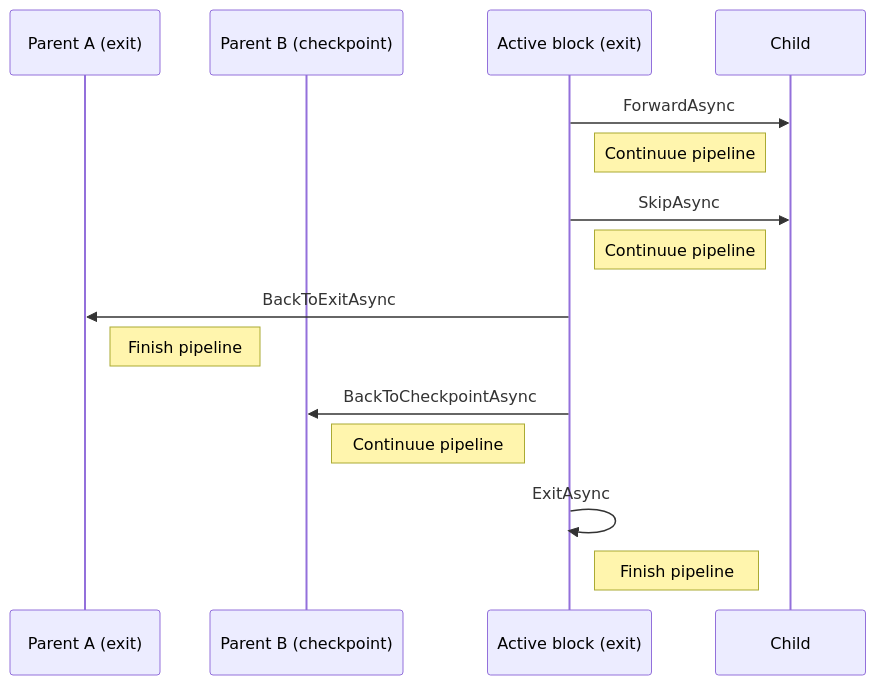
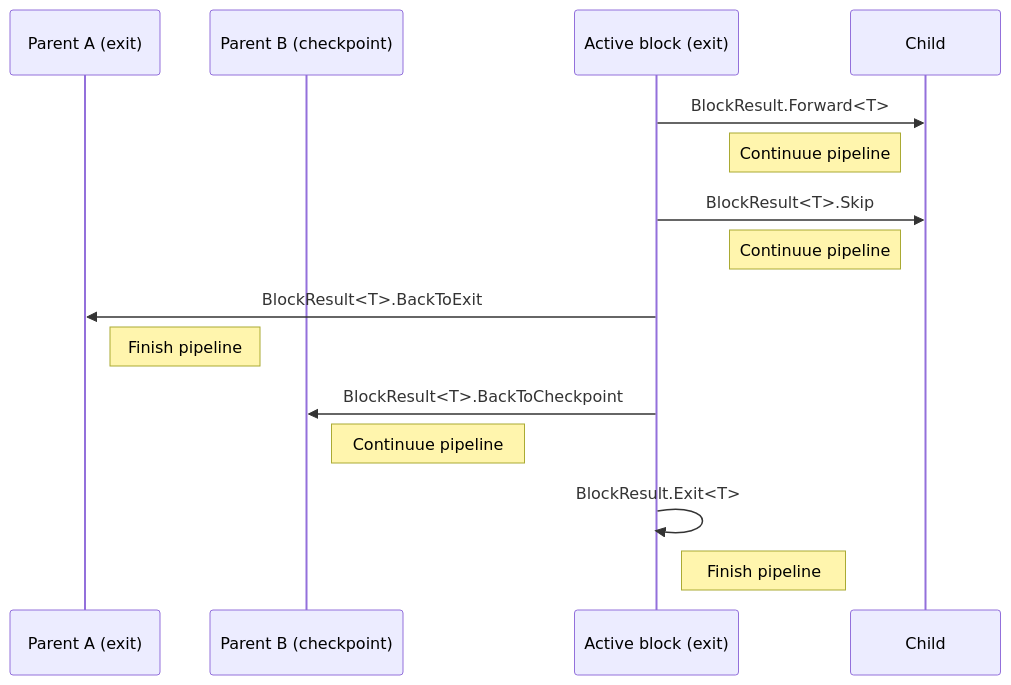
Before and after one commit to danielklecha/PipelineBlocks: the diagram in README.md, drawn with Mermaid. The commit also changed other lines of this file, not shown here.

Commit message:
update exampes in README

````diff
--- a/README.md
+++ b/README.md
@@ -39,17 +39,17 @@
 ```mermaid
 sequenceDiagram
 participant PA as Parent A (exit)
 participant PB as Parent B (checkpoint)
 participant A as Active block (exit)
 participant CA as Child
-A ->> CA: ForwardAsync
+A ->> CA: BlockResult.Forward<T>
 Note left of CA: Continuue pipeline
-A ->> CA: SkipAsync
+A ->> CA: BlockResult<T>.Skip
 Note left of CA: Continuue pipeline
-A ->> PA: BackToExitAsync
+A ->> PA: BlockResult<T>.BackToExit
 Note right of PA: Finish pipeline
-A ->> PB: BackToCheckpointAsync
+A ->> PB: BlockResult<T>.BackToCheckpoint
 Note right of PB: Continuue pipeline
-A ->> A: ExitAsync
+A ->> A: BlockResult.Exit<T>
 Note right of A: Finish pipeline
 ```
````
